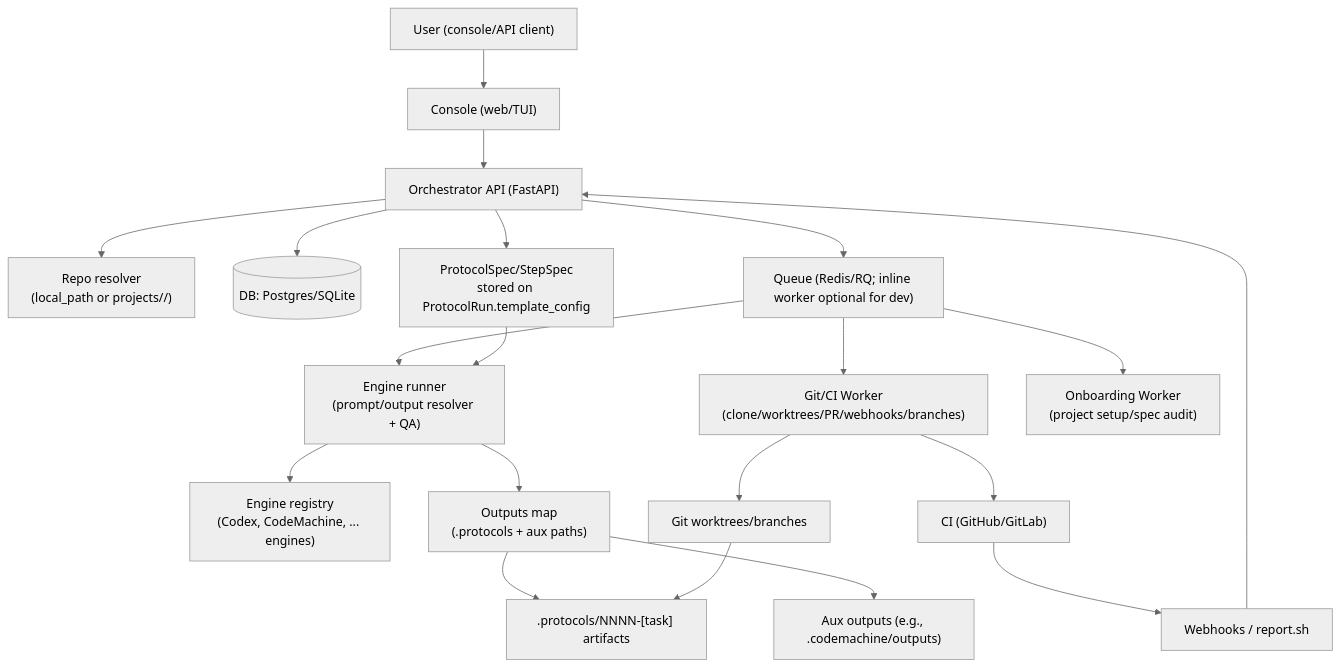
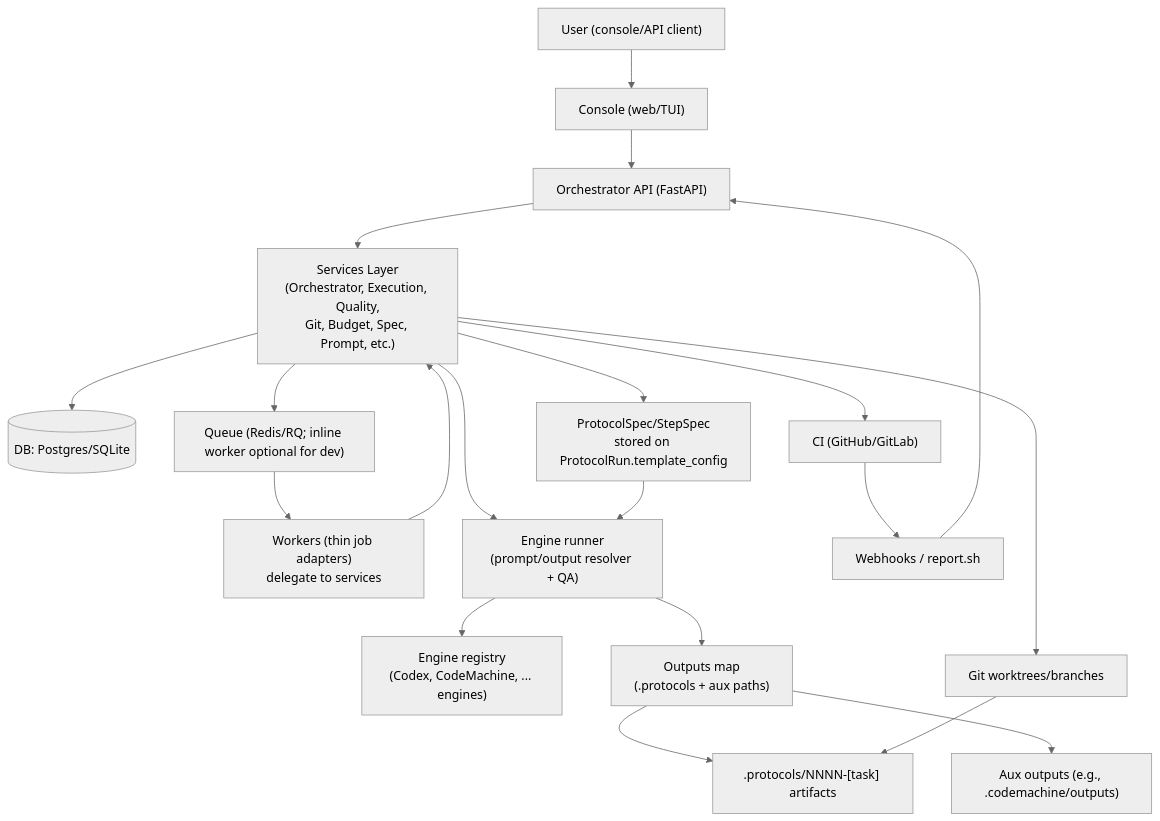
Before and after one commit to SergeySdv/dev-pipeline: the first of 4 diagrams in README.md, drawn with Mermaid (neutral theme). The commit also changed other lines of this file and 22 other files, not shown here.

First line of the commit message:
Add comprehensive property-based tests for services architecture completion

````diff
--- a/README.md
+++ b/README.md
@@ -183,22 +191,22 @@
 ```mermaid
 graph TD
   U["User (console/API client)"] --> Console["Console (web/TUI)"]
   Console --> API["Orchestrator API (FastAPI)"]
-  API --> Repo["Repo resolver\n(local_path or projects/<project_id>/<repo>)"]
-  API --> DB[(DB: Postgres/SQLite)]
-  API --> Queue["Queue (Redis/RQ; inline worker optional for dev)"]
-  API --> Spec["ProtocolSpec/StepSpec\nstored on ProtocolRun.template_config"]
-  Queue --> Runner["Engine runner\n(prompt/output resolver + QA)"]
+  API --> Services["Services Layer\n(Orchestrator, Execution, Quality,\nGit, Budget, Spec, Prompt, etc.)"]
+  Services --> DB[(DB: Postgres/SQLite)]
+  Services --> Queue["Queue (Redis/RQ; inline worker optional for dev)"]
+  Services --> Spec["ProtocolSpec/StepSpec\nstored on ProtocolRun.template_config"]
+  Queue --> Workers["Workers (thin job adapters)\ndelegate to services"]
+  Workers --> Services
+  Services --> Runner["Engine runner\n(prompt/output resolver + QA)"]
   Runner --> Registry["Engine registry\n(Codex, CodeMachine, ... engines)"]
   Runner --> Outputs["Outputs map\n(.protocols + aux paths)"]
   Outputs --> Prot[".protocols/NNNN-[task] artifacts"]
   Outputs --> Aux["Aux outputs (e.g., .codemachine/outputs)"]
-  Queue --> GW["Git/CI Worker\n(clone/worktrees/PR/webhooks/branches)"]
-  Queue --> OW["Onboarding Worker\n(project setup/spec audit)"]
-  GW --> Git["Git worktrees/branches"]
-  GW --> CI["CI (GitHub/GitLab)"]
+  Services --> Git["Git worktrees/branches"]
+  Services --> CI["CI (GitHub/GitLab)"]
   CI --> Webhooks["Webhooks / report.sh"]
   Webhooks --> API
   Spec --> Runner
   Git --> Prot
 ```
````
